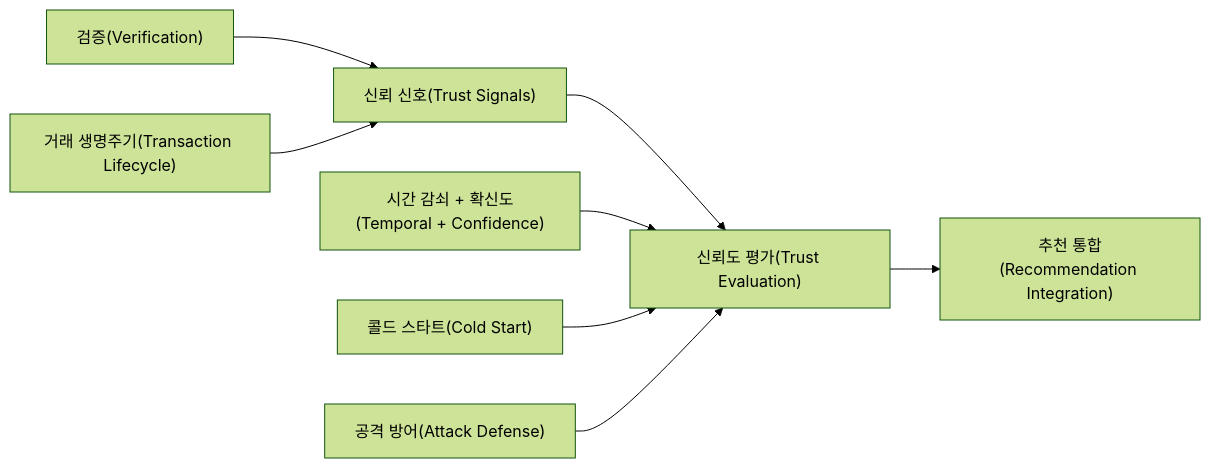
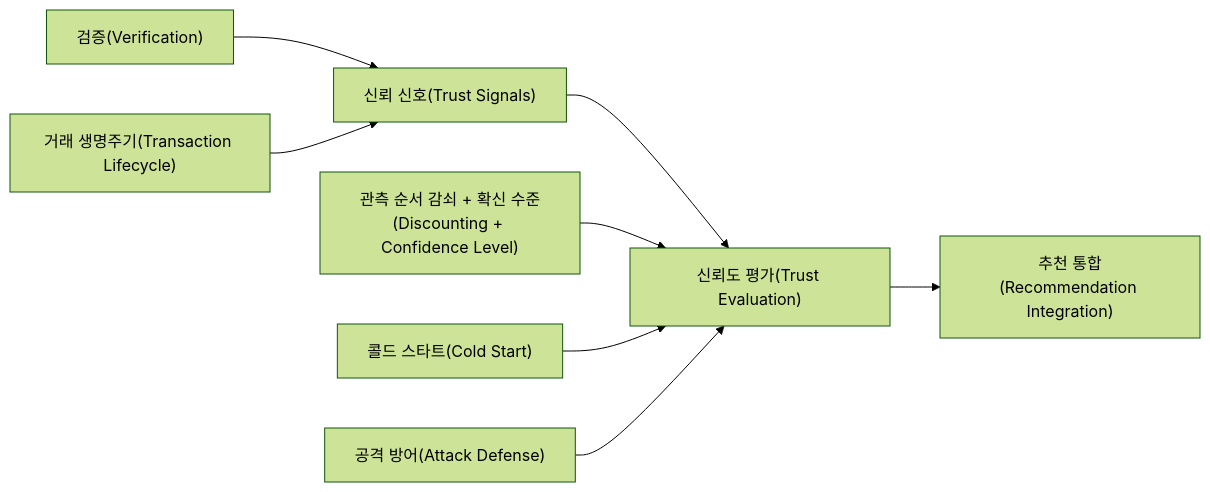
Before and after one commit to nsuCapstoneTeam/NSU_CAPSTONE: the tenth of 10 diagrams in docs/adr/artist_trust_architecture/01_artist_trust_architecture.md, drawn with Mermaid (forest theme). The commit also changed other lines of this file and 13 other files, not shown here.

````diff
--- a/docs/adr/artist_trust_architecture/01_artist_trust_architecture.md
+++ b/docs/adr/artist_trust_architecture/01_artist_trust_architecture.md
@@ -1147,23 +955,23 @@
 ```mermaid
 flowchart LR
 
     Verification["검증(Verification)"]
     Signals["신뢰 신호(Trust Signals)"]
     Lifecycle["거래 생명주기(Transaction Lifecycle)"]
     Evaluation["신뢰도 평가(Trust Evaluation)"]
-    Temporal["시간 감쇠 + 확신도(Temporal + Confidence)"]
+    Temporal["관측 순서 감쇠 + 확신 수준(Discounting + Confidence Level)"]
     ColdStart["콜드 스타트(Cold Start)"]
     Defense["공격 방어(Attack Defense)"]
     Recommendation["추천 통합(Recommendation Integration)"]
 
     Verification --> Signals
     Lifecycle --> Signals
 
     Signals --> Evaluation
 
     Temporal --> Evaluation
     ColdStart --> Evaluation
     Defense --> Evaluation
 
     Evaluation --> Recommendation
 ```
````
